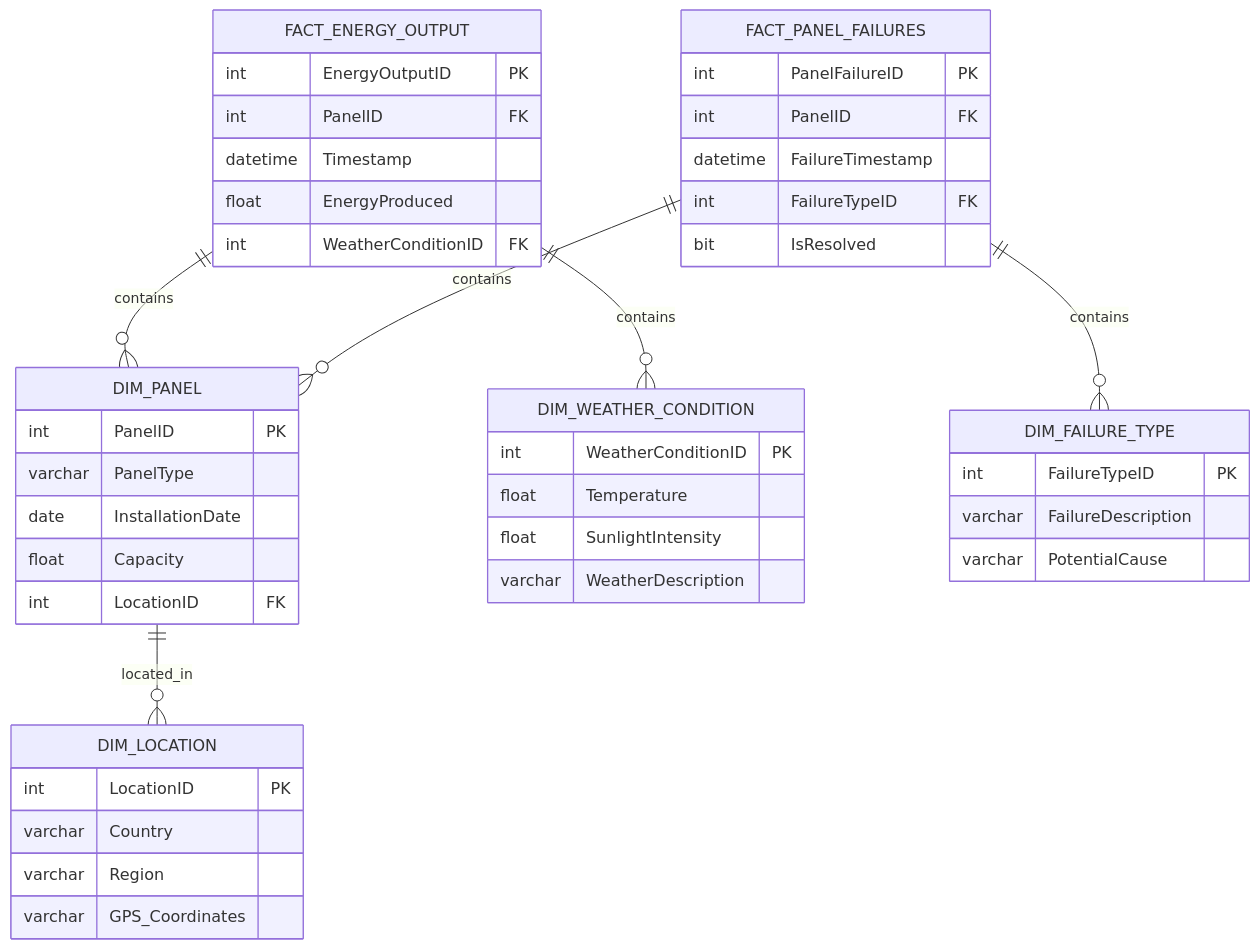
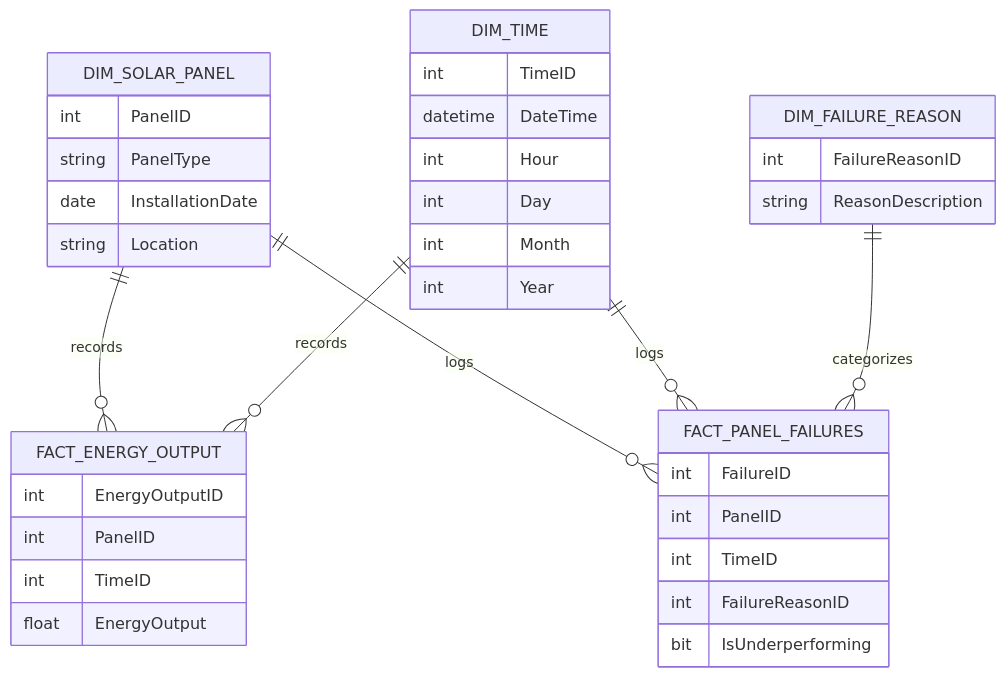
One commit to selin-k/bi_report_project changed the diagram in docs/data_model.md. Above: the diagram before and after it, drawn with Mermaid. The commit also changed other lines of this file and 11 other files, not shown here.

````diff
--- a/docs/data_model.md
+++ b/docs/data_model.md
@@ -26,46 +25,39 @@
 ```mermaid
 erDiagram
-    FACT_ENERGY_OUTPUT ||--o{ DIM_PANEL : contains
-    FACT_ENERGY_OUTPUT ||--o{ DIM_WEATHER_CONDITION : contains
-    FACT_PANEL_FAILURES ||--o{ DIM_PANEL : contains
-    FACT_PANEL_FAILURES ||--o{ DIM_FAILURE_TYPE : contains
-    DIM_PANEL ||--o{ DIM_LOCATION : located_in
+    DIM_SOLAR_PANEL ||--o{ FACT_ENERGY_OUTPUT : records
+    DIM_SOLAR_PANEL ||--o{ FACT_PANEL_FAILURES : logs
+    DIM_TIME ||--o{ FACT_ENERGY_OUTPUT : records
+    DIM_TIME ||--o{ FACT_PANEL_FAILURES : logs
+    DIM_FAILURE_REASON ||--o{ FACT_PANEL_FAILURES : categorizes
+    DIM_SOLAR_PANEL {
+        int PanelID
+        string PanelType
+        date InstallationDate
+        string Location
+    }
     FACT_ENERGY_OUTPUT {
-        int EnergyOutputID PK
-        int PanelID FK
-        datetime Timestamp
-        float EnergyProduced
-        int WeatherConditionID FK
+        int EnergyOutputID
+        int PanelID
+        int TimeID
+        float EnergyOutput
     }
     FACT_PANEL_FAILURES {
-        int PanelFailureID PK
-        int PanelID FK
-        datetime FailureTimestamp
-        int FailureTypeID FK
-        bit IsResolved
+        int FailureID
+        int PanelID
+        int TimeID
+        int FailureReasonID
+        bit IsUnderperforming
     }
-    DIM_PANEL {
-        int PanelID PK
-        varchar PanelType
-        date InstallationDate
-        float Capacity
-        int LocationID FK
+    DIM_TIME {
+        int TimeID
+        datetime DateTime
+        int Hour
+        int Day
+        int Month
+        int Year
     }
-    DIM_WEATHER_CONDITION {
-        int WeatherConditionID PK
-        float Temperature
-        float SunlightIntensity
-        varchar WeatherDescription
-    }
-    DIM_FAILURE_TYPE {
-        int FailureTypeID PK
-        varchar FailureDescription
-        varchar PotentialCause
-    }
-    DIM_LOCATION {
-        int LocationID PK
-        varchar Country
-        varchar Region
-        varchar GPS_Coordinates
+    DIM_FAILURE_REASON {
+        int FailureReasonID
+        string ReasonDescription
     }
 ```
````
